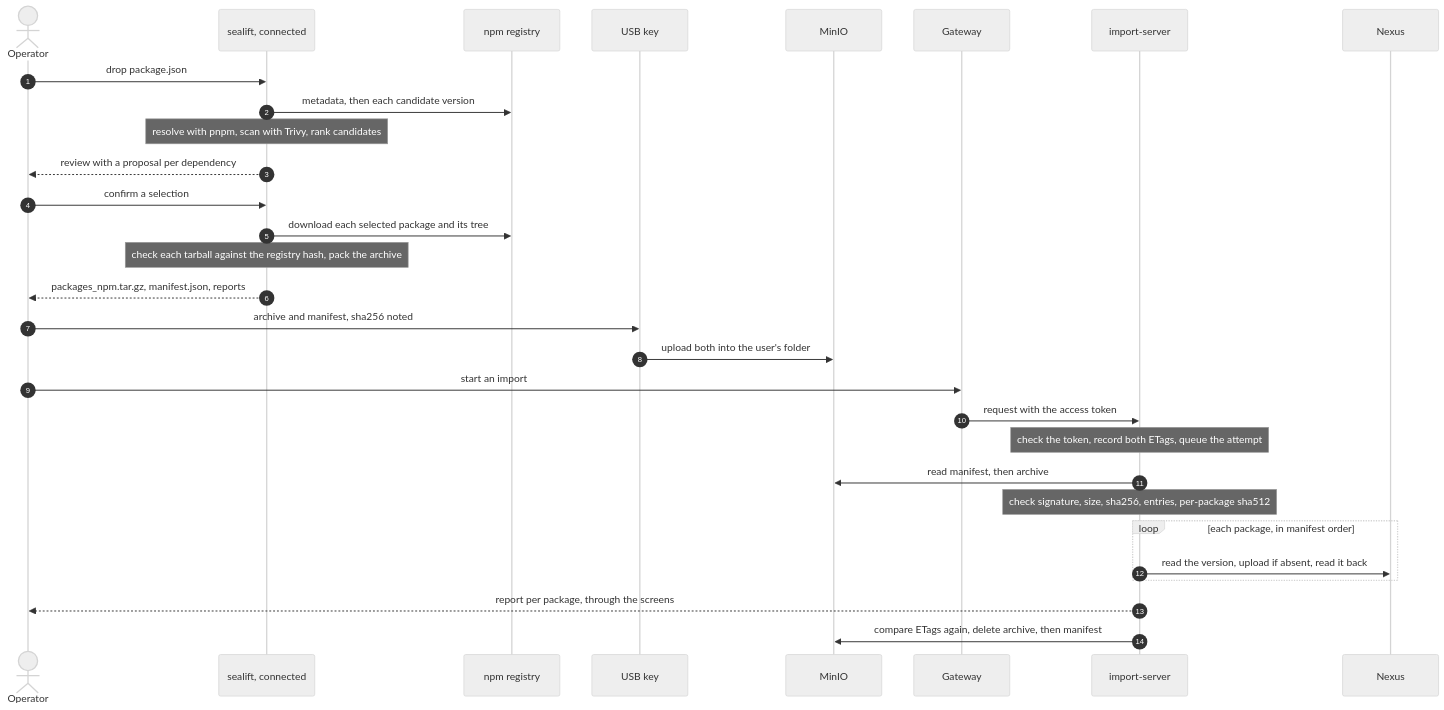
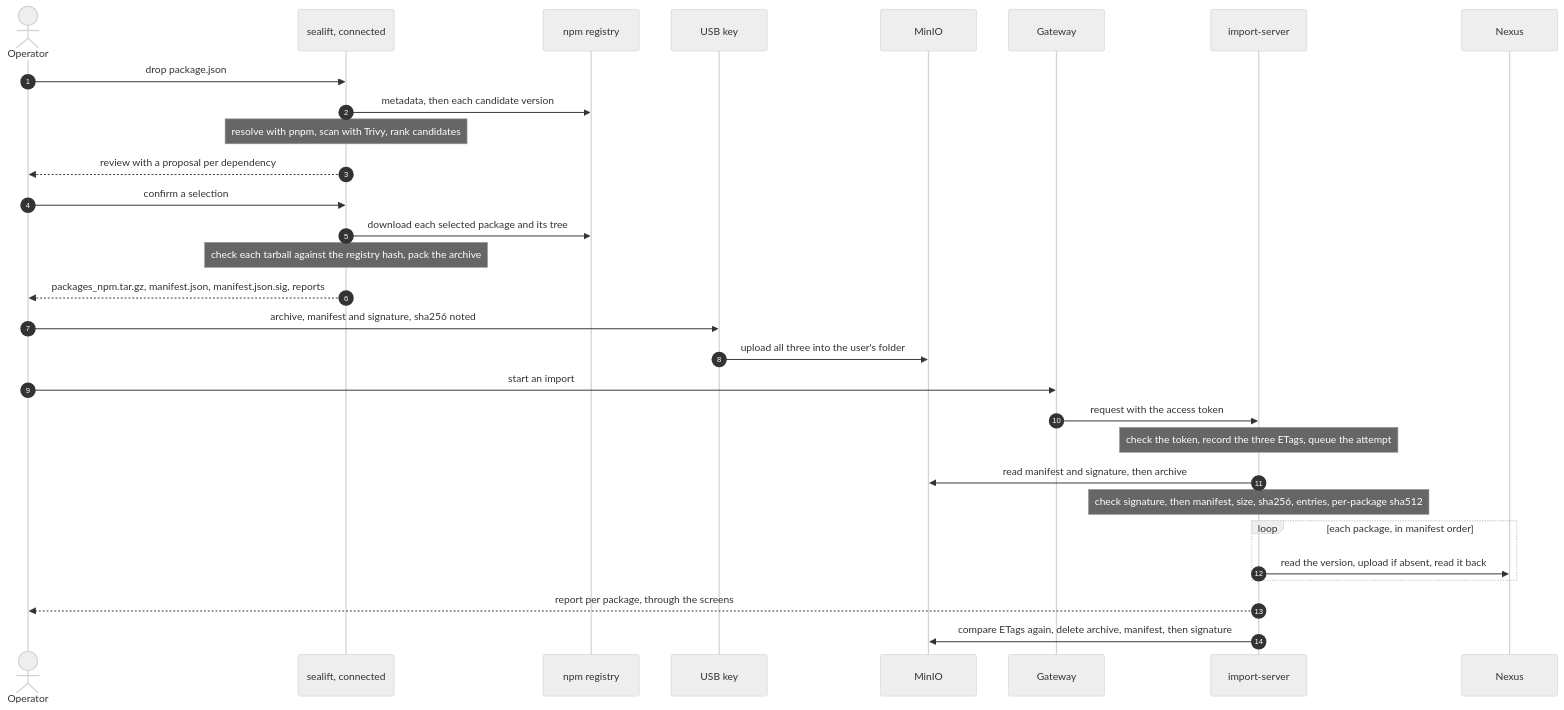
The second of 3 diagrams in docs/overview.md (MorganKryze/sealift), drawn with Mermaid (neutral theme) before and after one commit. The commit also changed other lines of this file and 1 other file, not shown here.

Commit message:
docs: describe the crossing with its three files

````diff
--- a/docs/overview.md
+++ b/docs/overview.md
@@ -58,33 +58,33 @@
 ```mermaid
 sequenceDiagram
   autonumber
   actor Op as Operator
   participant S as sealift, connected
   participant R as npm registry
   participant K as USB key
   participant M as MinIO
   participant G as Gateway
   participant I as import-server
   participant N as Nexus
 
   Op->>S: drop package.json
   S->>R: metadata, then each candidate version
   Note over S: resolve with pnpm, scan with Trivy, rank candidates
   S-->>Op: review with a proposal per dependency
   Op->>S: confirm a selection
   S->>R: download each selected package and its tree
   Note over S: check each tarball against the registry hash, pack the archive
-  S-->>Op: packages_npm.tar.gz, manifest.json, reports
-  Op->>K: archive and manifest, sha256 noted
-  K->>M: upload both into the user's folder
+  S-->>Op: packages_npm.tar.gz, manifest.json, manifest.json.sig, reports
+  Op->>K: archive, manifest and signature, sha256 noted
+  K->>M: upload all three into the user's folder
   Op->>G: start an import
   G->>I: request with the access token
-  Note over I: check the token, record both ETags, queue the attempt
-  I->>M: read manifest, then archive
-  Note over I: check signature, size, sha256, entries, per-package sha512
+  Note over I: check the token, record the three ETags, queue the attempt
+  I->>M: read manifest and signature, then archive
+  Note over I: check signature, then manifest, size, sha256, entries, per-package sha512
   loop each package, in manifest order
     I->>N: read the version, upload if absent, read it back
   end
   I-->>Op: report per package, through the screens
-  I->>M: compare ETags again, delete archive, then manifest
+  I->>M: compare ETags again, delete archive, manifest, then signature
 ```
````
